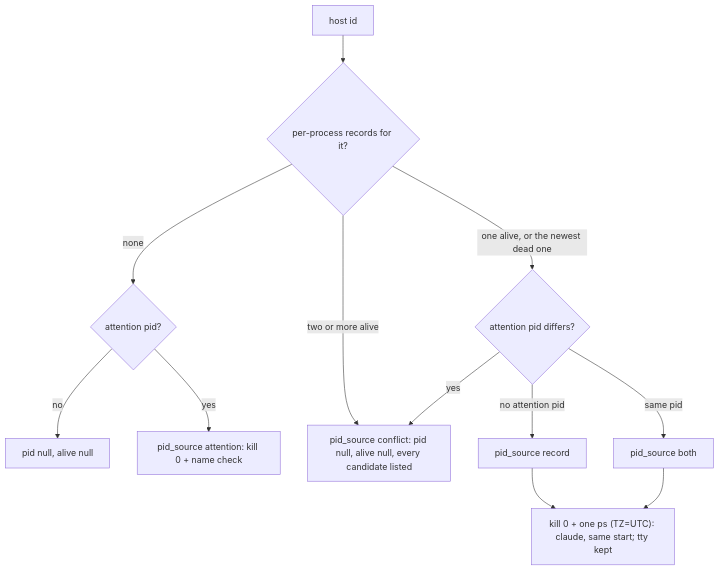
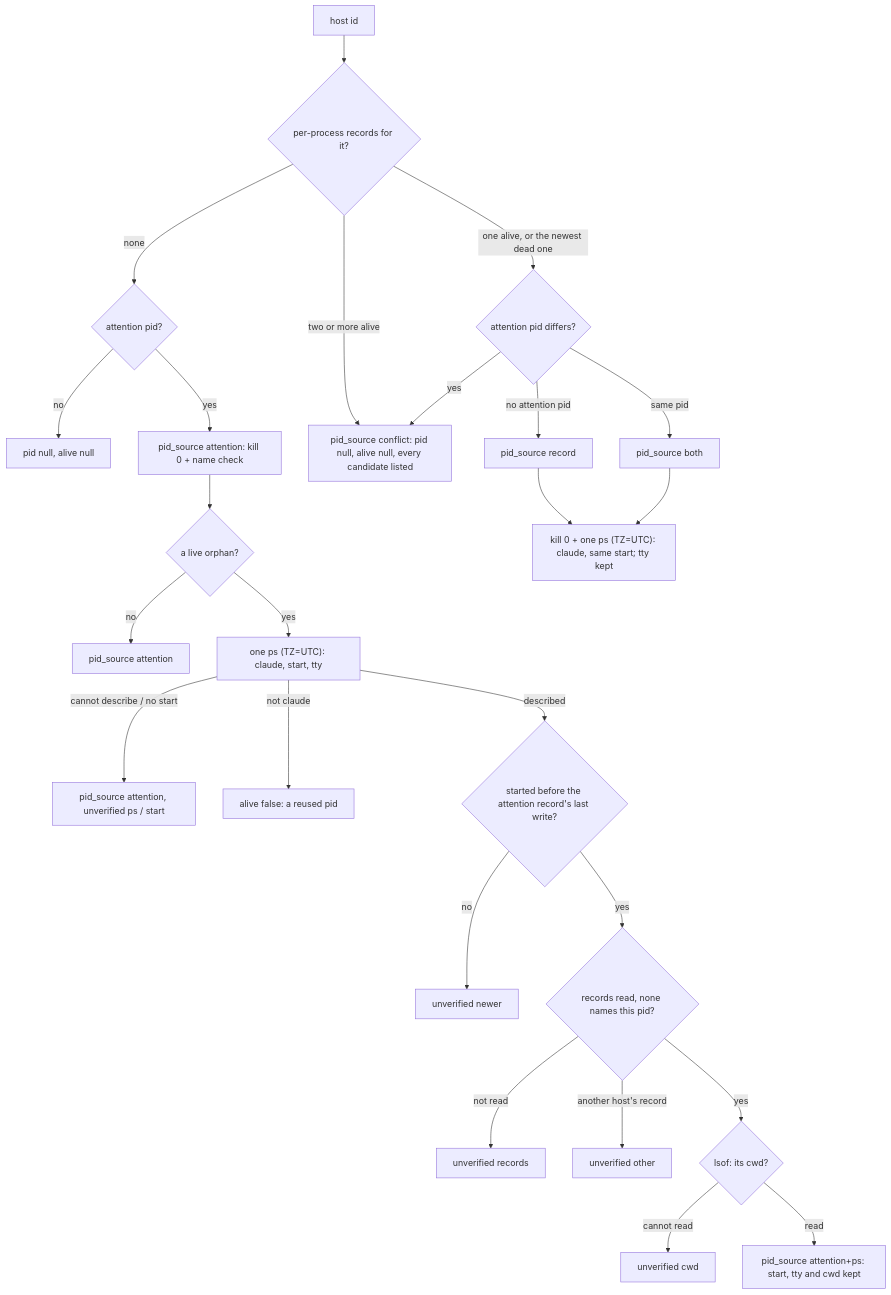
One commit to Mindchallenges/Invariant changed the third of 12 diagrams in docs/architecture/oracle.md. Above: the diagram before and after it, drawn with Mermaid. The commit also changed other lines of this file and 11 other files, not shown here.

First line of the commit message:
oracle — a verified live window with no process record can be closed (BUG_099)

````diff
--- a/docs/architecture/oracle.md
+++ b/docs/architecture/oracle.md
@@ -465,14 +465,27 @@
 ```mermaid
 flowchart TD
     A["host id"] --> R{"per-process records for it?"}
     R -- "none" --> P{"attention pid?"}
     P -- "no" --> U["pid null, alive null"]
     P -- "yes" --> AP["pid_source attention: kill 0 + name check"]
+    AP --> O{"a live orphan?"}
+    O -- "no" --> AK["pid_source attention"]
+    O -- "yes" --> V["one ps (TZ=UTC): claude, start, tty"]
+    V -- "cannot describe / no start" --> UV["pid_source attention, unverified ps / start"]
+    V -- "not claude" --> G["alive false: a reused pid"]
+    V -- "described" --> W{"started before the attention record's last write?"}
+    W -- "no" --> UN["unverified newer"]
+    W -- "yes" --> RR{"records read, none names this pid?"}
+    RR -- "not read" --> UR["unverified records"]
+    RR -- "another host's record" --> UO["unverified other"]
+    RR -- "yes" --> L{"lsof: its cwd?"}
+    L -- "cannot read" --> UC["unverified cwd"]
+    L -- "read" --> AV["pid_source attention+ps: start, tty and cwd kept"]
     R -- "two or more alive" --> C["pid_source conflict: pid null, alive null, every candidate listed"]
     R -- "one alive, or the newest dead one" --> J{"attention pid differs?"}
     J -- "yes" --> C
     J -- "no attention pid" --> RP["pid_source record"]
     J -- "same pid" --> BP["pid_source both"]
     RP --> CHK["kill 0 + one ps (TZ=UTC): claude, same start; tty kept"]
     BP --> CHK
 ```
````
